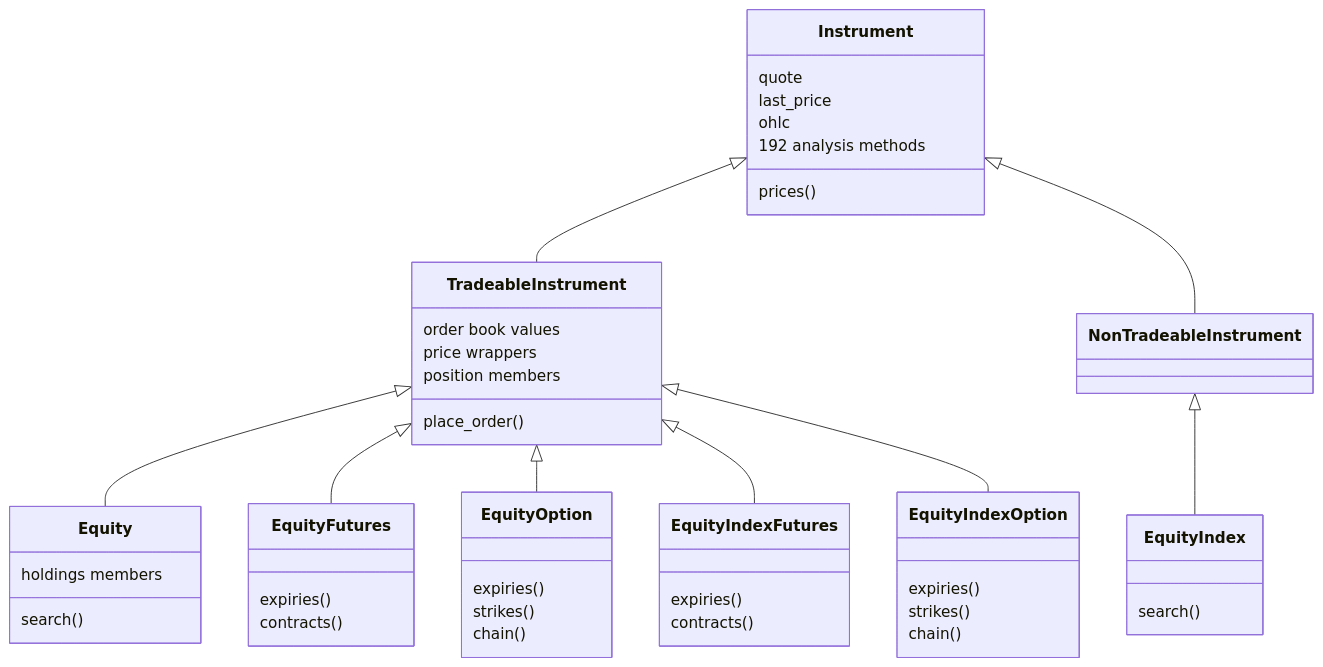
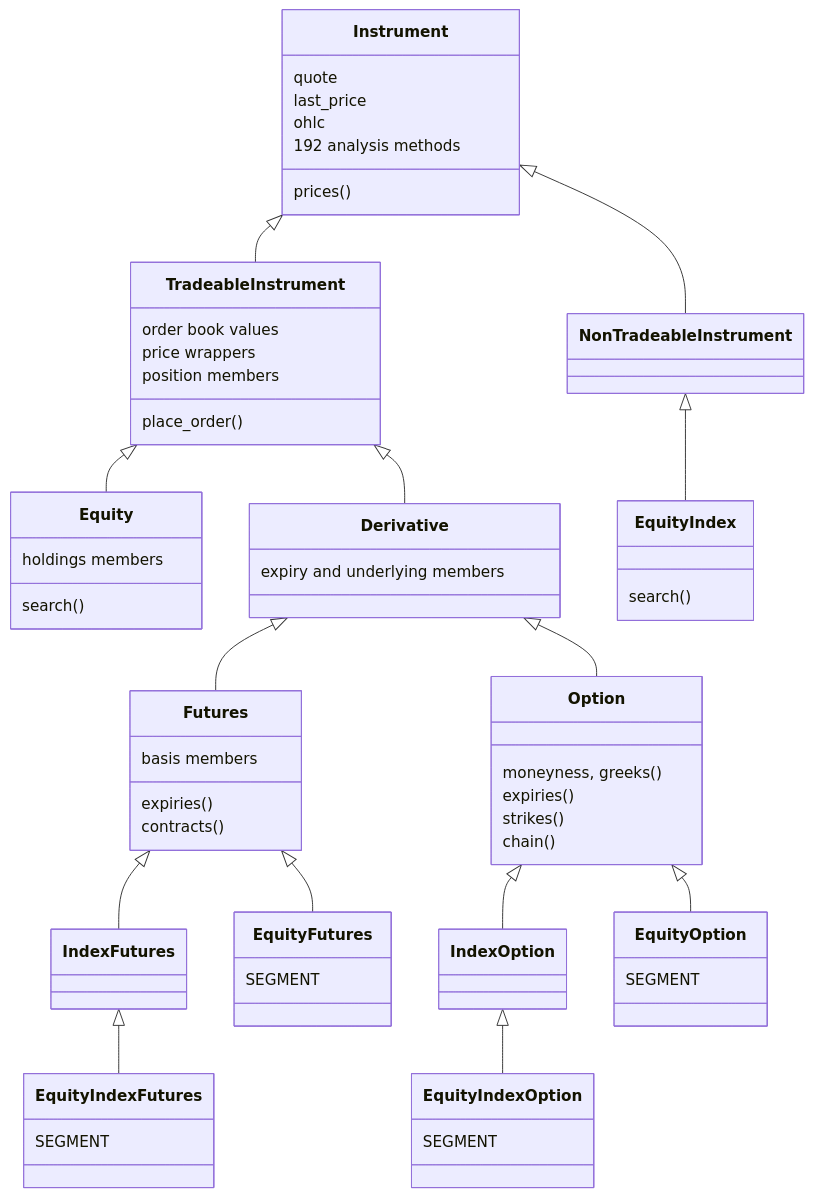
The first of 2 diagrams in docs/asset-classes/equities.md (pramodathani/tradingmachine), drawn with Mermaid before and after one commit. The commit also changed other lines of this file and 16 other files, not shown here.

````diff
--- a/docs/asset-classes/equities.md
+++ b/docs/asset-classes/equities.md
@@ -20,51 +20,66 @@
 ```mermaid
 classDiagram
     direction BT
     class Instrument {
         prices()
         quote
         last_price
         ohlc
         192 analysis methods
     }
     class TradeableInstrument {
         order book values
         place_order()
         price wrappers
         position members
     }
     class NonTradeableInstrument
     class Equity {
         holdings members
         search()
     }
     class EquityIndex {
         search()
     }
-    class EquityFutures {
+    class Derivative {
+        expiry and underlying members
+    }
+    class Futures {
+        basis members
         expiries()
         contracts()
     }
-    class EquityIndexFutures {
-        expiries()
-        contracts()
-    }
-    class EquityOption {
+    class Option {
+        moneyness, greeks()
         expiries()
         strikes()
         chain()
     }
+    class IndexFutures
+    class IndexOption
+    class EquityFutures {
+        SEGMENT
+    }
+    class EquityIndexFutures {
+        SEGMENT
+    }
+    class EquityOption {
+        SEGMENT
+    }
     class EquityIndexOption {
-        expiries()
-        strikes()
-        chain()
+        SEGMENT
     }
     TradeableInstrument --|> Instrument
     NonTradeableInstrument --|> Instrument
     Equity --|> TradeableInstrument
-    EquityFutures --|> TradeableInstrument
-    EquityOption --|> TradeableInstrument
-    EquityIndexFutures --|> TradeableInstrument
-    EquityIndexOption --|> TradeableInstrument
+    Derivative --|> TradeableInstrument
+    Futures --|> Derivative
+    Option --|> Derivative
+    IndexFutures --|> Futures
+    IndexOption --|> Option
+    EquityFutures --|> Futures
+    EquityOption --|> Option
+    EquityIndexFutures --|> IndexFutures
+    EquityIndexOption --|> IndexOption
     EquityIndex --|> NonTradeableInstrument
 ```
````
